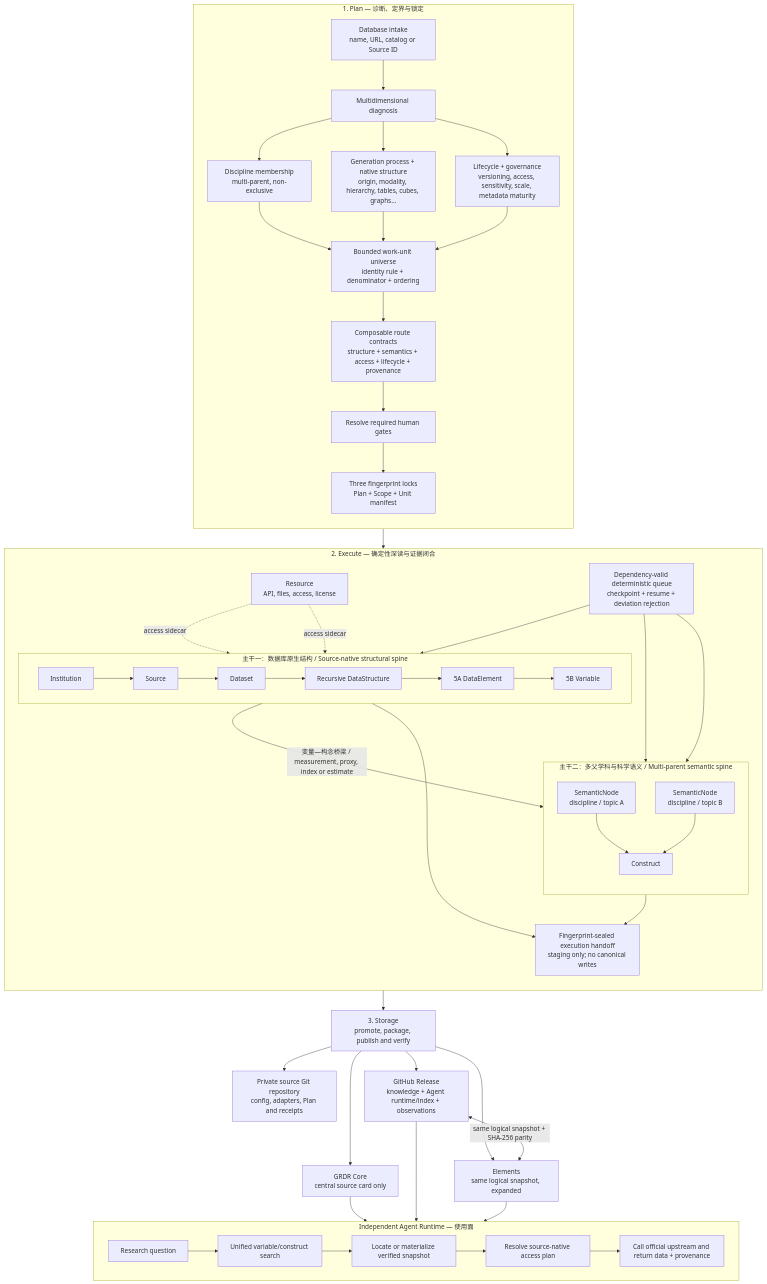
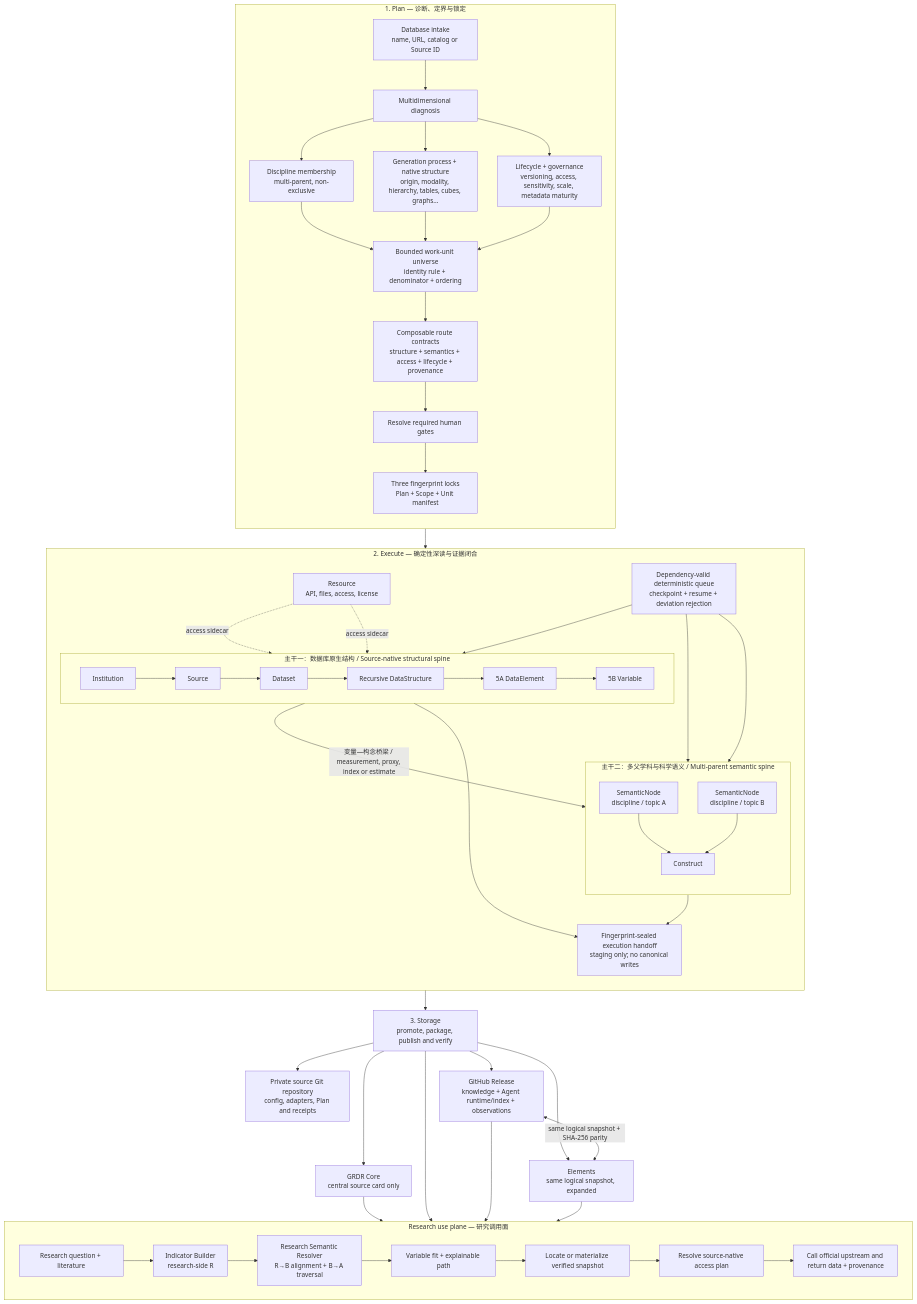
Before and after one commit to yangyuezh/grdr-core-version-archive: the diagram in README.md, drawn with Mermaid. The commit also changed other lines of this file and 26 other files, not shown here.

Commit message:
release: GRDR v3.4.0 research semantic resolver

````diff
--- a/README.md
+++ b/README.md
@@ -19,59 +23,60 @@
 ```mermaid
 flowchart TB
     subgraph PLAN["1. Plan — 诊断、定界与锁定"]
         direction TB
         INTAKE["Database intake<br/>name, URL, catalog or Source ID"] --> DIAG["Multidimensional diagnosis"]
         DIAG --> DISC["Discipline membership<br/>multi-parent, non-exclusive"]
         DIAG --> SHAPE["Generation process + native structure<br/>origin, modality, hierarchy, tables, cubes, graphs..."]
         DIAG --> GOVERN["Lifecycle + governance<br/>versioning, access, sensitivity, scale, metadata maturity"]
         DISC --> BOUND["Bounded work-unit universe<br/>identity rule + denominator + ordering"]
         SHAPE --> BOUND
         GOVERN --> BOUND
         BOUND --> ROUTES["Composable route contracts<br/>structure + semantics + access + lifecycle + provenance"]
         ROUTES --> GATES["Resolve required human gates"]
         GATES --> LOCKS["Three fingerprint locks<br/>Plan + Scope + Unit manifest"]
     end
 
     subgraph EXECUTE["2. Execute — 确定性深读与证据闭合"]
         direction TB
         QUEUE["Dependency-valid deterministic queue<br/>checkpoint + resume + deviation rejection"]
 
         subgraph STRUCT["主干一：数据库原生结构 / Source-native structural spine"]
             direction LR
             INST["Institution"] --> SRC["Source"] --> DATASET["Dataset"] --> DSTRUCT["Recursive DataStructure"] --> ELEMENT["5A DataElement"] --> VARIABLE["5B Variable"]
         end
 
         subgraph SEMANTIC["主干二：多父学科与科学语义 / Multi-parent semantic spine"]
             direction TB
             SEM_A["SemanticNode<br/>discipline / topic A"] --> CONSTRUCT["Construct"]
             SEM_B["SemanticNode<br/>discipline / topic B"] --> CONSTRUCT
         end
 
         RESOURCE["Resource<br/>API, files, access, license"] -. "access sidecar" .-> SRC
         RESOURCE -. "access sidecar" .-> DSTRUCT
 
         QUEUE --> INST
         QUEUE --> SEM_A
         QUEUE --> SEM_B
         VARIABLE -->|"变量—构念桥梁 / measurement, proxy, index or estimate"| CONSTRUCT
         VARIABLE --> SEALED["Fingerprint-sealed execution handoff<br/>staging only; no canonical writes"]
         CONSTRUCT --> SEALED
     end
 
     LOCKS --> QUEUE
     SEALED --> STORE["3. Storage<br/>promote, package, publish and verify"]
 
     STORE --> CARD["GRDR Core<br/>central source card only"]
     STORE --> REPO["Private source Git repository<br/>config, adapters, Plan and receipts"]
     STORE --> RELEASE["GitHub Release<br/>knowledge + Agent runtime/index + observations"]
     STORE --> ELEMENTS["Elements<br/>same logical snapshot, expanded"]
     RELEASE <-->|"same logical snapshot + SHA-256 parity"| ELEMENTS
 
-    subgraph RUNTIME["Independent Agent Runtime — 使用面"]
+    subgraph RUNTIME["Research use plane — 研究调用面"]
         direction LR
-        QUESTION["Research question"] --> SEARCH["Unified variable/construct search"] --> MOUNT["Locate or materialize verified snapshot"] --> RESOLVE["Resolve source-native access plan"] --> FETCH["Call official upstream and return data + provenance"]
+        QUESTION["Research question + literature"] --> INDICATOR["Indicator Builder<br/>research-side R"] --> SEMRES["Research Semantic Resolver<br/>R→B alignment + B→A traversal"] --> FIT["Variable fit + explainable path"] --> MOUNT["Locate or materialize verified snapshot"] --> RESOLVE["Resolve source-native access plan"] --> FETCH["Call official upstream and return data + provenance"]
     end
-    CARD --> SEARCH
+    CARD --> SEMRES
+    STORE --> SEMRES
     RELEASE --> MOUNT
     ELEMENTS --> MOUNT
 ```
````
